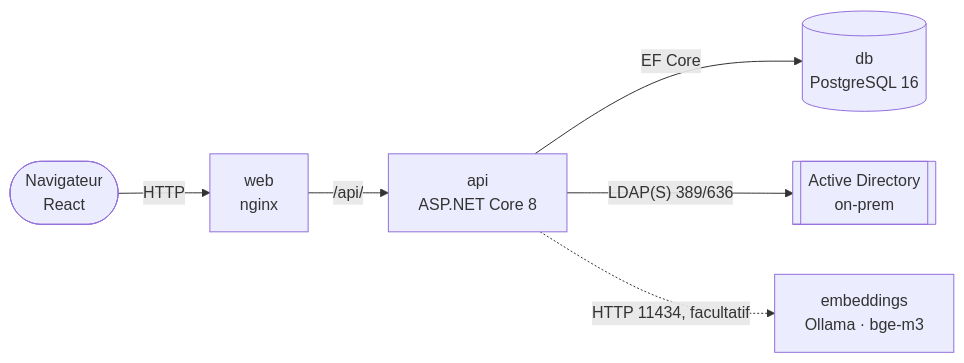
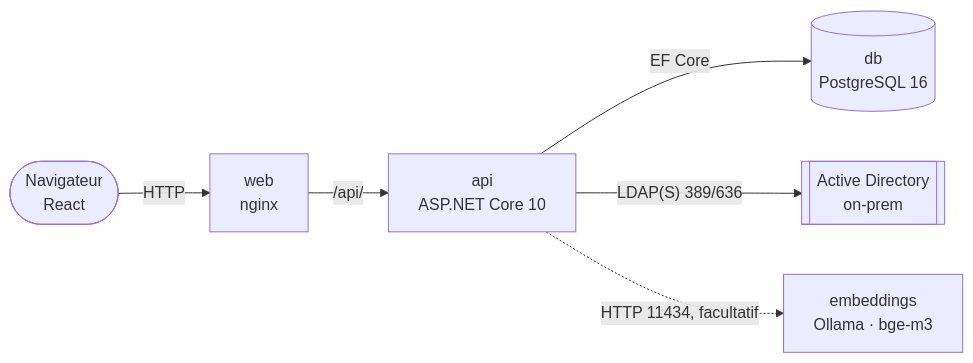
One commit to christian-raj/S-Aloha changed the first of 2 diagrams in docs/reference/architecture.md. Above: the diagram before and after it, drawn with Mermaid. The commit also changed other lines of this file and 21 other files, not shown here.

First line of the commit message:
Mise à niveau : .NET 10 (LTS), EF Core 10, Npgsql 10, Swashbuckle 10, client LDAP 4 ; React 19, Vite 8, Vitest 5 (#115)

````diff
--- a/docs/reference/architecture.md
+++ b/docs/reference/architecture.md
@@ -9,8 +9,8 @@
 ```mermaid
 flowchart LR
     U(["Navigateur<br/>React"]) -- HTTP --> W["web<br/>nginx"]
-    W -- "/api/" --> A["api<br/>ASP.NET Core 8"]
+    W -- "/api/" --> A["api<br/>ASP.NET Core 10"]
     A -- "EF Core" --> D[("db<br/>PostgreSQL 16")]
     A -- "LDAP(S) 389/636" --> AD[["Active Directory<br/>on-prem"]]
     A -. "HTTP 11434, facultatif" .-> E["embeddings<br/>Ollama · bge-m3"]
 ```
````
